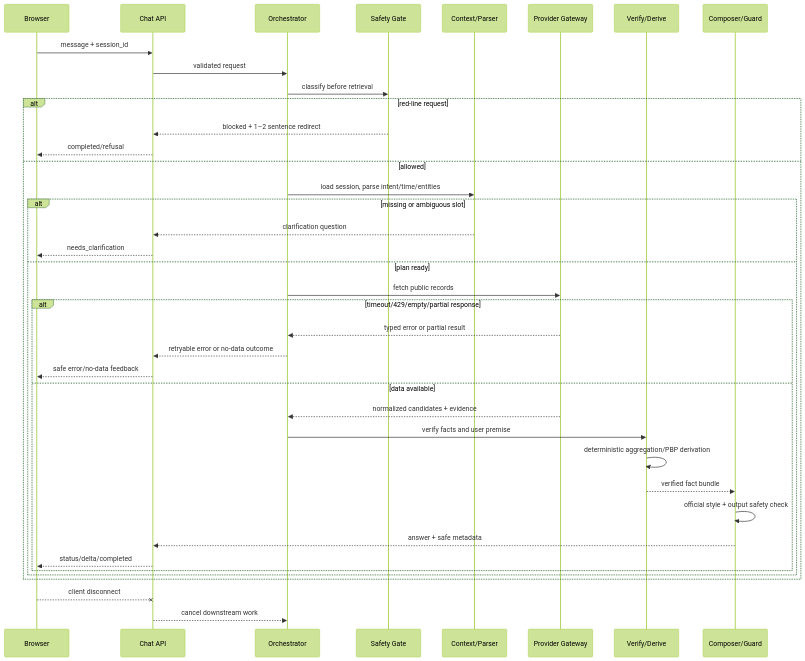
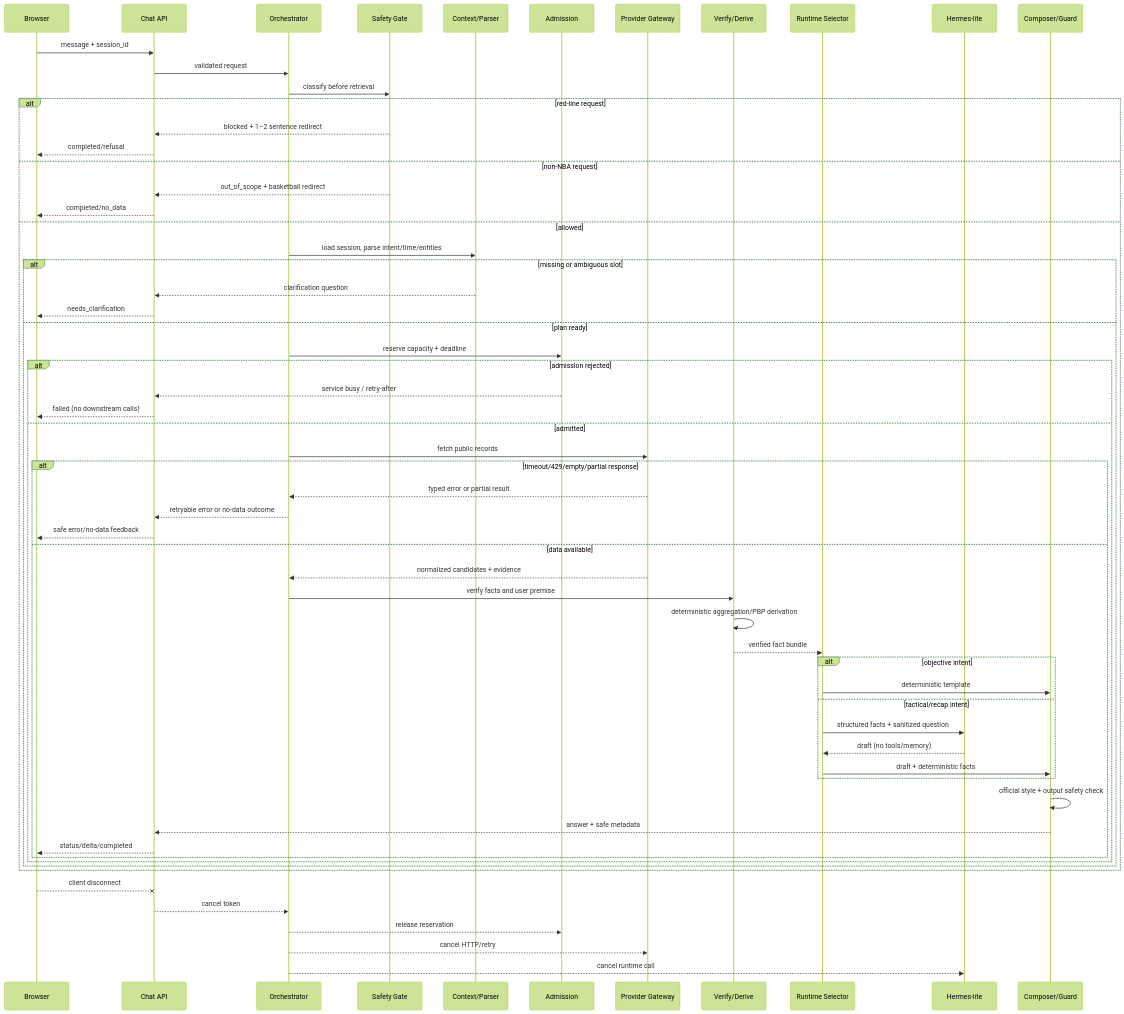
Before and after one commit to vchive/NBAAgent: the fourth of 5 diagrams in specs/001-nba-chat-agent/hld.md, drawn with Mermaid (forest theme). The commit also changed other lines of this file and 6 other files, not shown here.

Commit message:
docs: detail Hermes-lite HLD and LLD

````diff
--- a/specs/001-nba-chat-agent/hld.md
+++ b/specs/001-nba-chat-agent/hld.md
@@ -126,42 +191,64 @@
 ```mermaid
 sequenceDiagram
     participant B as Browser
     participant API as Chat API
     participant O as Orchestrator
     participant SG as Safety Gate
     participant CP as Context/Parser
+    participant AD as Admission
     participant PG as Provider Gateway
     participant FV as Verify/Derive
+    participant RS as Runtime Selector
+    participant HC as Hermes-lite
     participant AC as Composer/Guard
 
     B->>API: message + session_id
     API->>O: validated request
     O->>SG: classify before retrieval
     alt red-line request
         SG-->>API: blocked + 1–2 sentence redirect
         API-->>B: completed/refusal
+    else non-NBA request
+        SG-->>API: out_of_scope + basketball redirect
+        API-->>B: completed/no_data
     else allowed
         O->>CP: load session, parse intent/time/entities
         alt missing or ambiguous slot
             CP-->>API: clarification question
             API-->>B: needs_clarification
         else plan ready
-            O->>PG: fetch public records
+            O->>AD: reserve capacity + deadline
+            alt admission rejected
+                AD-->>API: service busy / retry-after
+                API-->>B: failed (no downstream calls)
+            else admitted
+                O->>PG: fetch public records
             alt timeout/429/empty/partial response
                 PG-->>O: typed error or partial result
                 O-->>API: retryable error or no-data outcome
                 API-->>B: safe error/no-data feedback
             else data available
                 PG-->>O: normalized candidates + evidence
                 O->>FV: verify facts and user premise
                 FV->>FV: deterministic aggregation/PBP derivation
-                FV-->>AC: verified fact bundle
+                FV-->>RS: verified fact bundle
+                alt objective intent
+                    RS->>AC: deterministic template
+                else tactical/recap intent
+                    RS->>HC: structured facts + sanitized question
+                    HC-->>RS: draft (no tools/memory)
+                    RS->>AC: draft + deterministic facts
+                end
                 AC->>AC: official style + output safety check
                 AC-->>API: answer + safe metadata
                 API-->>B: status/delta/completed
             end
+            end
         end
     end
     B--xAPI: client disconnect
-    API-->>O: cancel downstream work
+    API-->>O: cancel token
+    O-->>AD: release reservation
+    O-->>PG: cancel HTTP/retry
+    O-->>HC: cancel runtime call
 ```
````
